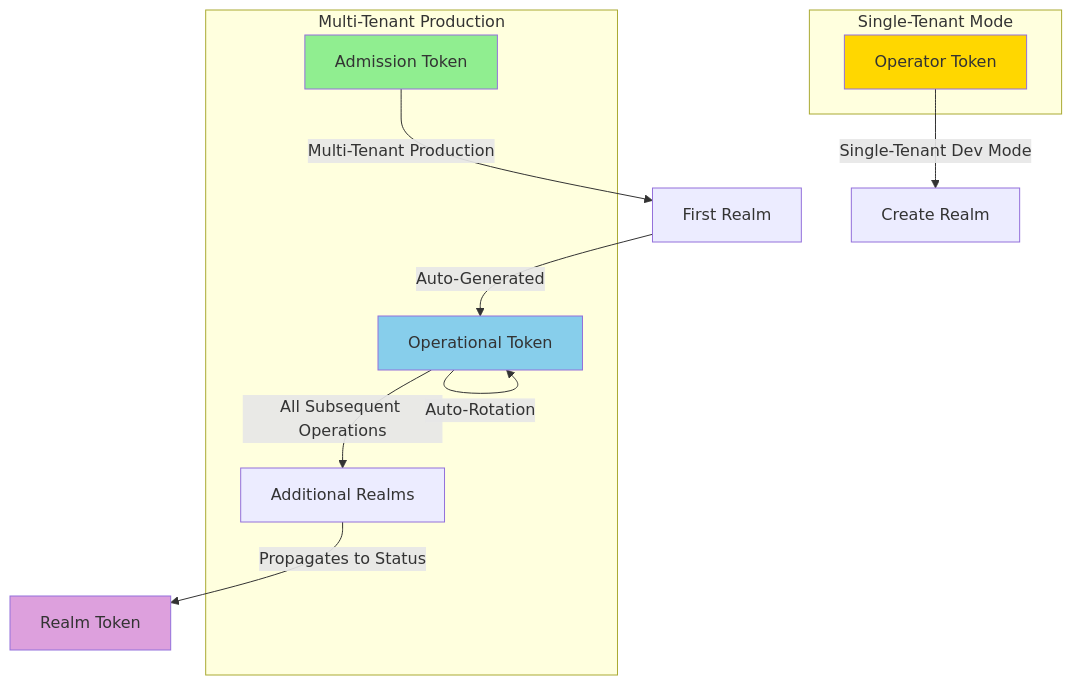
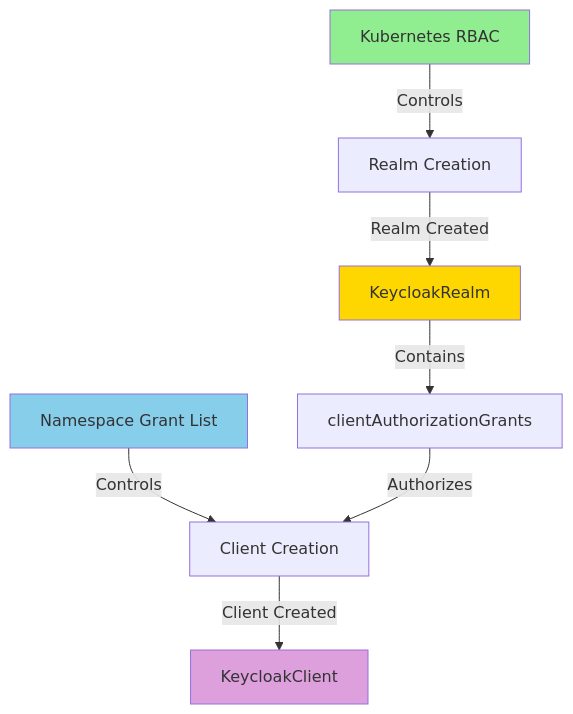
The first of 2 diagrams in docs/architecture.md (vriesdemichael/keycloak-operator), drawn with Mermaid before and after one commit. The commit also changed other lines of this file and 3 other files, not shown here.

First line of the commit message:
docs: remove token system from architecture.md and faq.md

````diff
--- a/docs/architecture.md
+++ b/docs/architecture.md
@@ -21,24 +22,14 @@
 ```mermaid
 graph TD
-    A[Operator Token] -->|Single-Tenant Dev Mode| D[Create Realm]
-    B[Admission Token] -->|Multi-Tenant Production| E[First Realm]
-    E -->|Auto-Generated| C[Operational Token]
-    C -->|All Subsequent Operations| F[Additional Realms]
-    C -->|Auto-Rotation| C
-    F -->|Propagates to Status| G[Realm Token]
+    A[Kubernetes RBAC] -->|Controls| B[Realm Creation]
+    C[Namespace Grant List] -->|Controls| D[Client Creation]
+    B -->|Realm Created| E[KeycloakRealm]
+    E -->|Contains| F[clientAuthorizationGrants]
+    F -->|Authorizes| D
+    D -->|Client Created| G[KeycloakClient]
 
-    style A fill:#ffd700
-    style B fill:#90ee90
+    style A fill:#90ee90
     style C fill:#87ceeb
+    style E fill:#ffd700
     style G fill:#dda0dd
-
-    subgraph Single-Tenant Mode
-    A
-    end
-
-    subgraph Multi-Tenant Production
-    B
-    C
-    F
-    end
 ```
````
